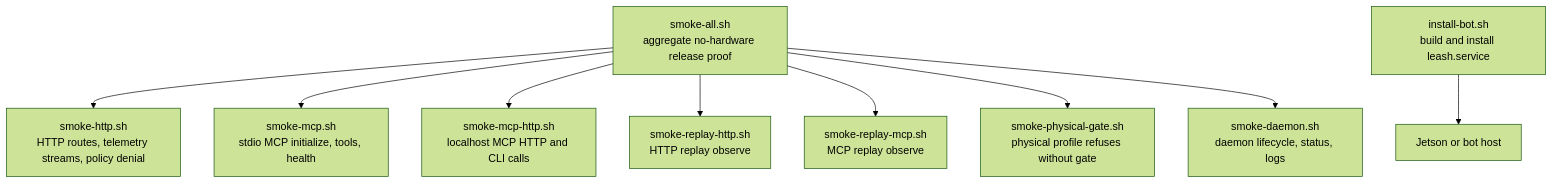
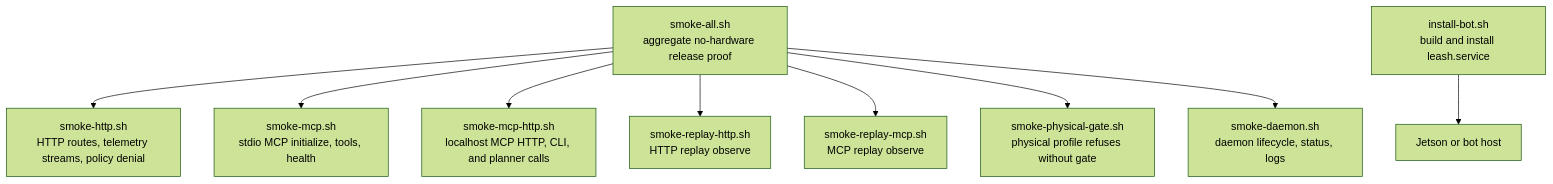
The diagram in scripts/README.md (specdog/leash), drawn with Mermaid (forest theme) before and after one commit. The commit also changed other lines of this file and 12 other files, not shown here.

````diff
--- a/scripts/README.md
+++ b/scripts/README.md
@@ -5,11 +5,11 @@
 ```mermaid
 flowchart TB
   all["smoke-all.sh\naggregate no-hardware release proof"] --> http["smoke-http.sh\nHTTP routes, telemetry streams, policy denial"]
   all --> mcp["smoke-mcp.sh\nstdio MCP initialize, tools, health"]
-  all --> mcphttp["smoke-mcp-http.sh\nlocalhost MCP HTTP and CLI calls"]
+  all --> mcphttp["smoke-mcp-http.sh\nlocalhost MCP HTTP, CLI, and planner calls"]
   all --> replayhttp["smoke-replay-http.sh\nHTTP replay observe"]
   all --> replaymcp["smoke-replay-mcp.sh\nMCP replay observe"]
   all --> physical["smoke-physical-gate.sh\nphysical profile refuses without gate"]
   all --> daemon["smoke-daemon.sh\ndaemon lifecycle, status, logs"]
   install["install-bot.sh\nbuild and install leash.service"] --> bot["Jetson or bot host"]
 ```
````
